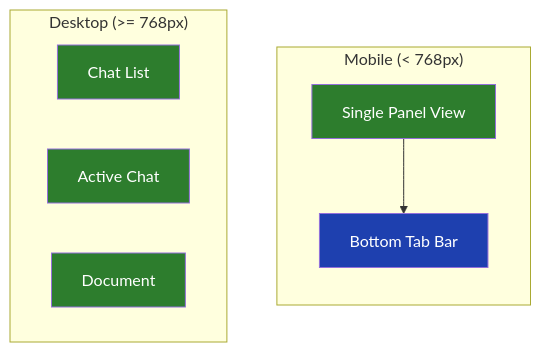
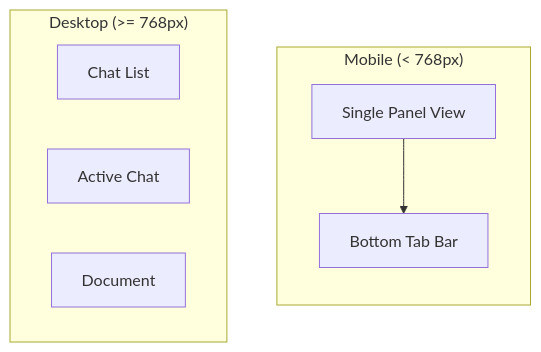
One commit to haowjy/meridian-flow changed the second of 2 diagrams in _docs/features/f-mobile-responsive/README.md. Above: the diagram before and after it, drawn with Mermaid. The commit also changed other lines of this file and 46 other files, not shown here.

````diff
--- a/_docs/features/f-mobile-responsive/README.md
+++ b/_docs/features/f-mobile-responsive/README.md
@@ -89,22 +85,17 @@
 ```mermaid
 flowchart TB
     subgraph Mobile["Mobile (< 768px)"]
         direction TB
         MContent["Single Panel View"]
         MNav["Bottom Tab Bar"]
         MContent --> MNav
     end
 
     subgraph Desktop["Desktop (>= 768px)"]
         direction LR
         D1["Chat List"]
         D2["Active Chat"]
         D3["Document"]
     end
 
-    style MContent fill:#2d7d2d,color:#fff
-    style MNav fill:#1e40af,color:#fff
-    style D1 fill:#2d7d2d,color:#fff
-    style D2 fill:#2d7d2d,color:#fff
-    style D3 fill:#2d7d2d,color:#fff
 ```
````
